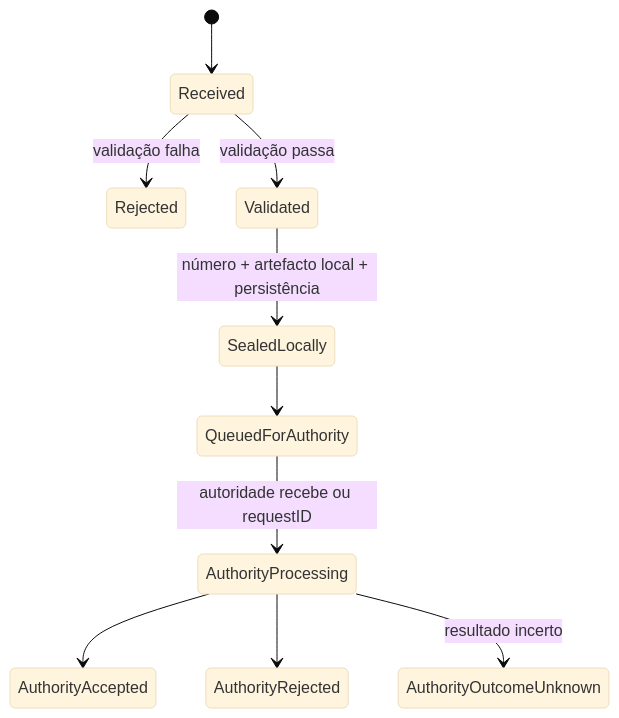
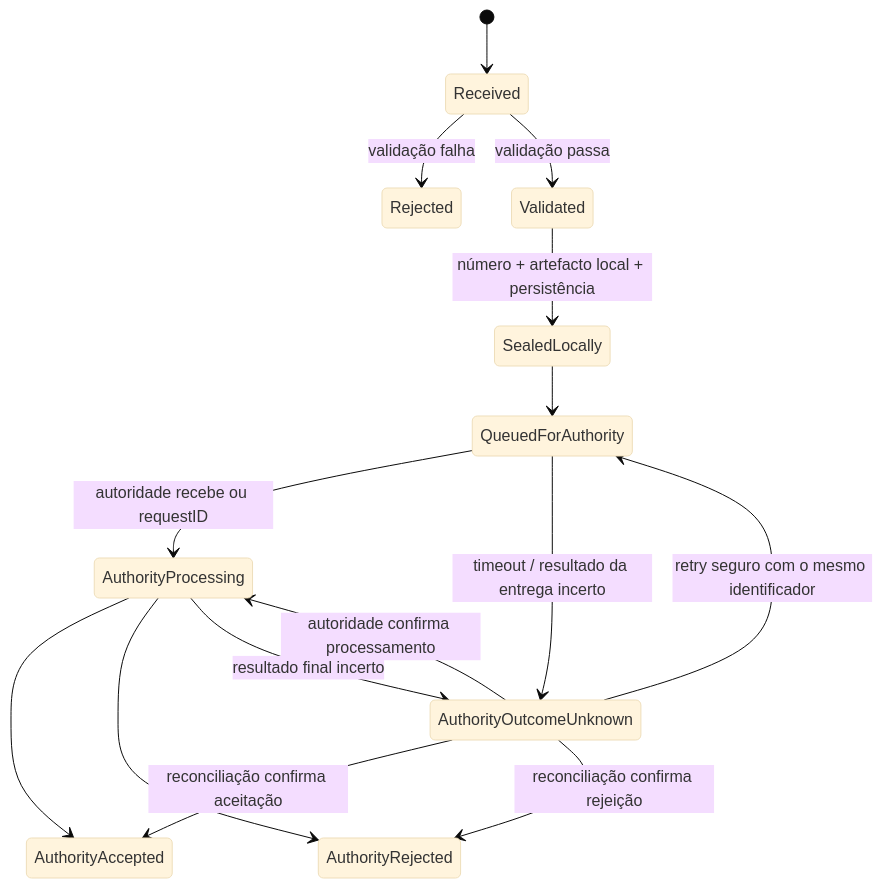
One commit to storesace-cv/bwb-modulo-fiscal changed the diagram in docs/04-domain/document-state-machine.md. Above: the diagram before and after it, drawn with Mermaid (base theme). The commit also changed other lines of this file, not shown here.

Commit message:
Clarify authority_outcome_unknown reconciliation transitions

````diff
--- a/docs/04-domain/document-state-machine.md
+++ b/docs/04-domain/document-state-machine.md
@@ -5,12 +5,17 @@
 ```mermaid
 stateDiagram-v2
   [*] --> Received
   Received --> Rejected: validação falha
   Received --> Validated: validação passa
   Validated --> SealedLocally: número + artefacto local + persistência
   SealedLocally --> QueuedForAuthority
   QueuedForAuthority --> AuthorityProcessing: autoridade recebe ou requestID
+  QueuedForAuthority --> AuthorityOutcomeUnknown: timeout / resultado da entrega incerto
   AuthorityProcessing --> AuthorityAccepted
   AuthorityProcessing --> AuthorityRejected
-  AuthorityProcessing --> AuthorityOutcomeUnknown: resultado incerto
+  AuthorityProcessing --> AuthorityOutcomeUnknown: resultado final incerto
+  AuthorityOutcomeUnknown --> AuthorityProcessing: autoridade confirma processamento
+  AuthorityOutcomeUnknown --> AuthorityAccepted: reconciliação confirma aceitação
+  AuthorityOutcomeUnknown --> AuthorityRejected: reconciliação confirma rejeição
+  AuthorityOutcomeUnknown --> QueuedForAuthority: retry seguro com o mesmo identificador
 ```
````
